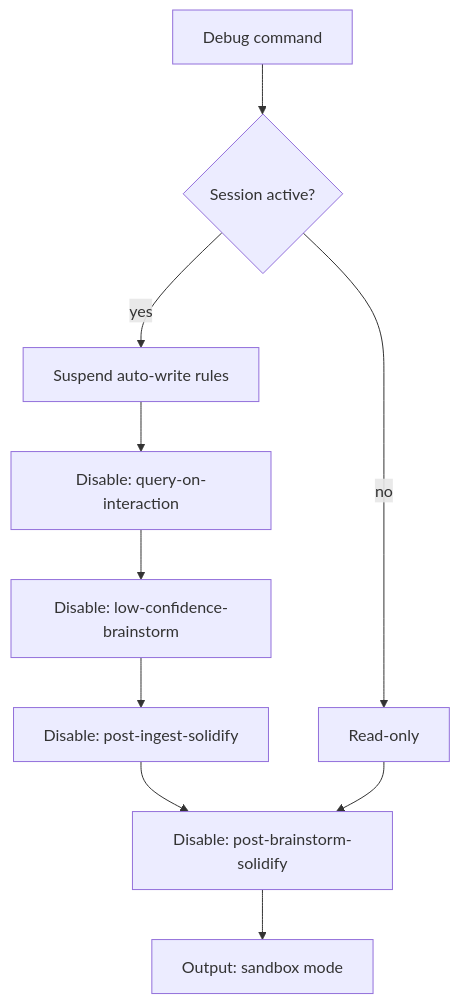
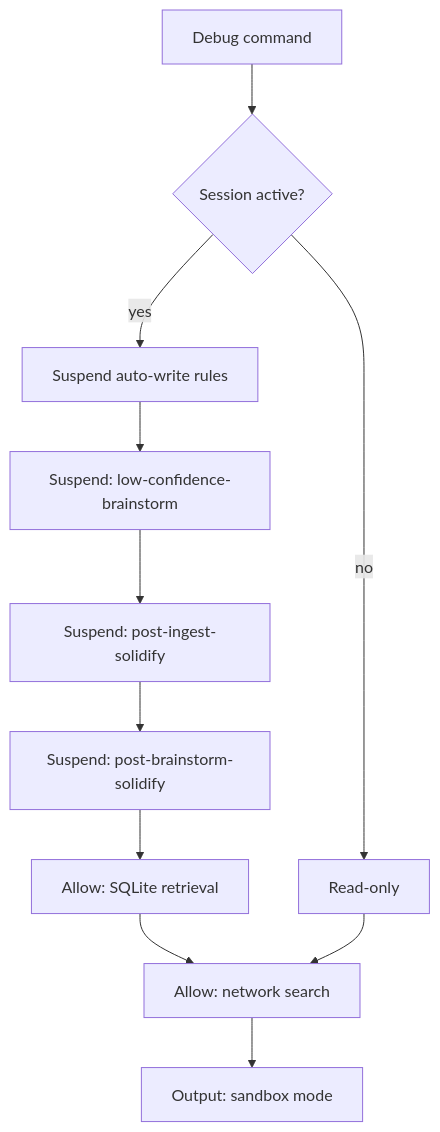
Before and after one commit to gengyabc/baicai-notebook: diagram 16 of 16 in docs/routing-flows.md, drawn with Mermaid. The commit also changed other lines of this file and 5 other files, not shown here.

````diff
--- a/docs/routing-flows.md
+++ b/docs/routing-flows.md
@@ -396,12 +395,13 @@
 ```mermaid
 flowchart TD
     A[Debug command] --> B{Session active?}
     B -->|yes| C[Suspend auto-write rules]
     B -->|no| D[Read-only]
-    C --> E[Disable: query-on-interaction]
-    E --> F[Disable: low-confidence-brainstorm]
-    F --> G[Disable: post-ingest-solidify]
-    G --> H[Disable: post-brainstorm-solidify]
-    D --> H
-    H --> I[Output: sandbox mode]
+    C --> E[Suspend: low-confidence-brainstorm]
+    E --> F[Suspend: post-ingest-solidify]
+    F --> G[Suspend: post-brainstorm-solidify]
+    G --> H[Allow: SQLite retrieval]
+    H --> I[Allow: network search]
+    D --> I
+    I --> J[Output: sandbox mode]
 ```
````
